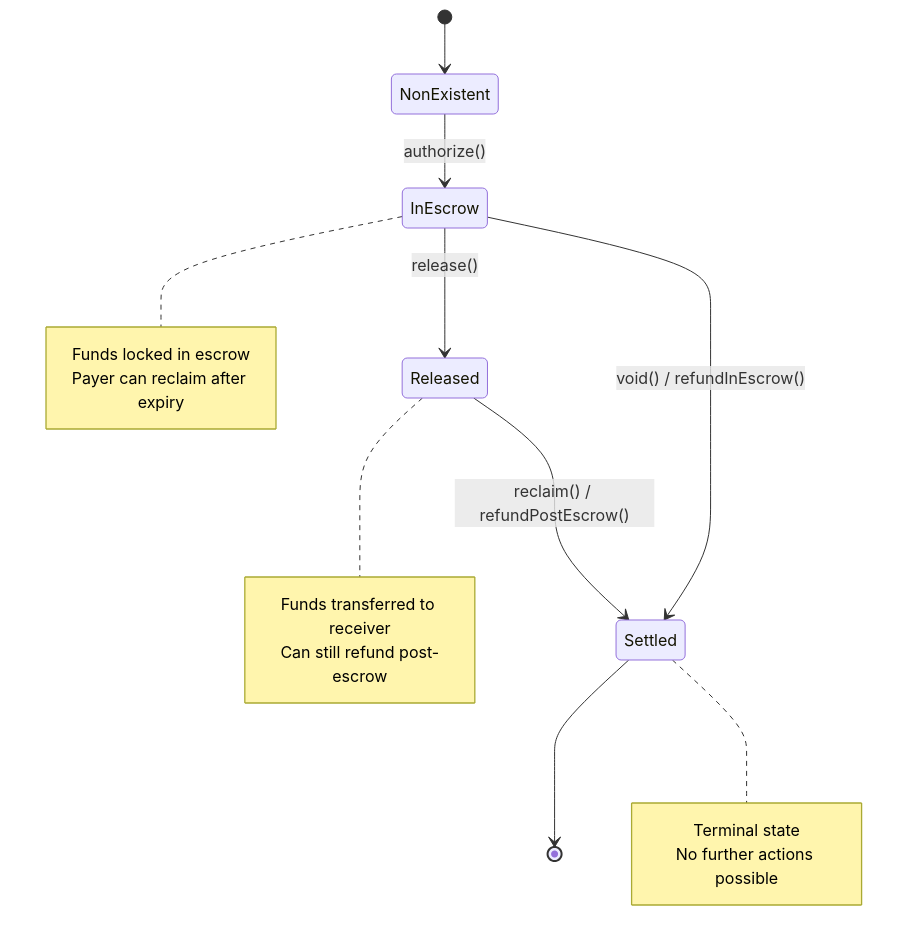
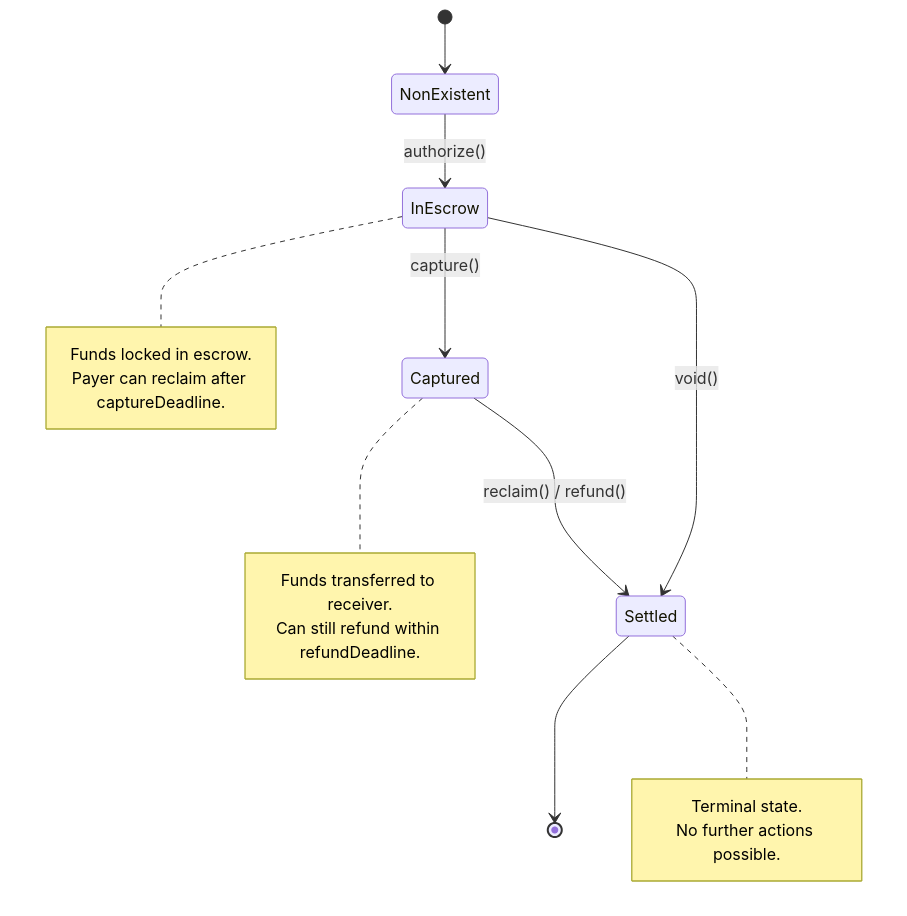
Before and after one commit to BackTrackCo/docs: the diagram in contracts/periphery/auth-capture-escrow.mdx, drawn with Mermaid. The commit also changed other lines of this file and 78 other files, not shown here.

````diff
--- a/contracts/periphery/auth-capture-escrow.mdx
+++ b/contracts/periphery/auth-capture-escrow.mdx
@@ -23,24 +27,24 @@
 ```mermaid
 stateDiagram-v2
     [*] --> NonExistent
     NonExistent --> InEscrow: authorize()
-    InEscrow --> Released: release()
-    InEscrow --> Settled: void() / refundInEscrow()
-    Released --> Settled: reclaim() / refundPostEscrow()
+    InEscrow --> Captured: capture()
+    InEscrow --> Settled: void()
+    Captured --> Settled: reclaim() / refund()
     Settled --> [*]
 
     note right of InEscrow
-        Funds locked in escrow
-        Payer can reclaim after expiry
+        Funds locked in escrow.
+        Payer can reclaim after captureDeadline.
     end note
 
-    note right of Released
-        Funds transferred to receiver
-        Can still refund post-escrow
+    note right of Captured
+        Funds transferred to receiver.
+        Can still refund within refundDeadline.
     end note
 
     note right of Settled
-        Terminal state
-        No further actions possible
+        Terminal state.
+        No further actions possible.
     end note
 ```
````
